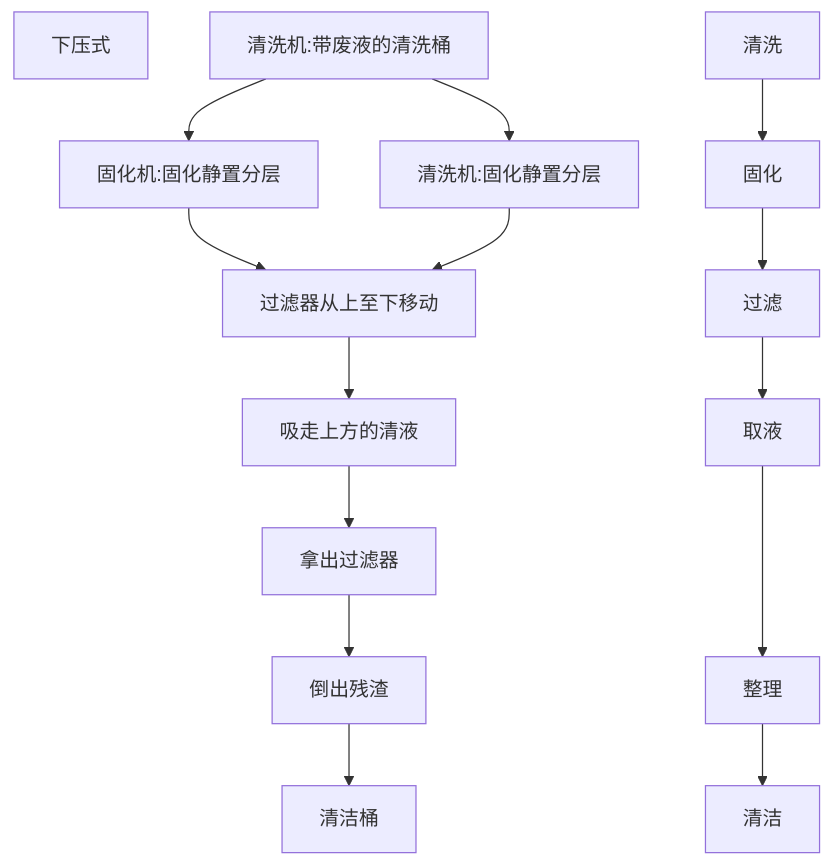
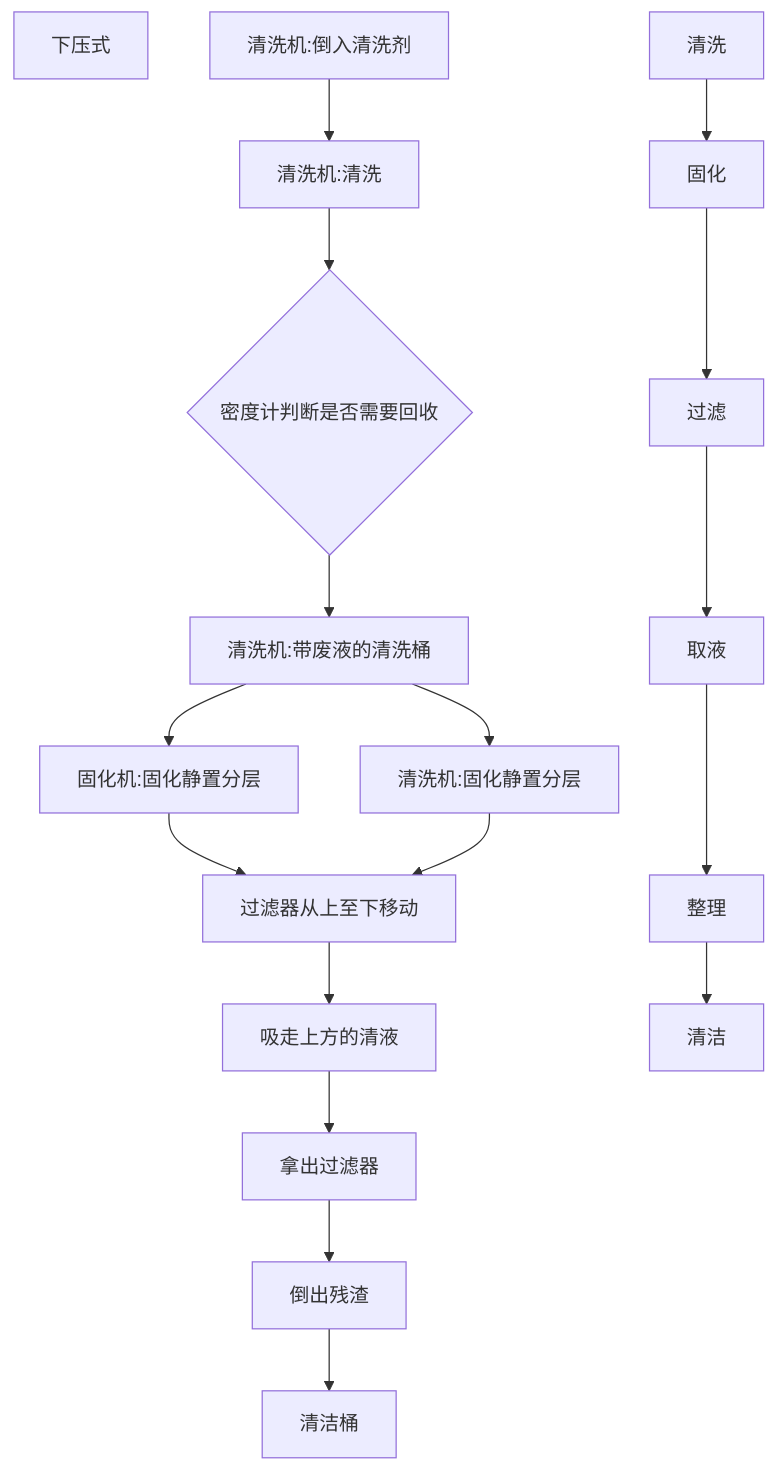
One commit to georglein123/Notiz changed the first of 3 diagrams in 95%酒精紫外固化.md. Above: the diagram before and after it, drawn with Mermaid. The commit also changed other lines of this file, not shown here.

````diff
--- a/95%酒精紫外固化.md
+++ b/95%酒精紫外固化.md
@@ -5,9 +5,9 @@
 ```mermaid
 graph TD;
 	下压式;
-	清洗机:带废液的清洗桶-->固化机:固化静置分层-->过滤器从上至下移动-->吸走上方的清液-->拿出过滤器-->倒出残渣-->清洁桶;
+	清洗机:倒入清洗剂-->清洗机:清洗-->A{密度计判断是否需要回收}-->清洗机:带废液的清洗桶-->固化机:固化静置分层-->过滤器从上至下移动-->吸走上方的清液-->拿出过滤器-->倒出残渣-->清洁桶;
 	清洗机:带废液的清洗桶-->清洗机:固化静置分层-->过滤器从上至下移动;
 	
 	清洗-->固化-->过滤-->取液--->整理-->清洁
 	
 ```
````
